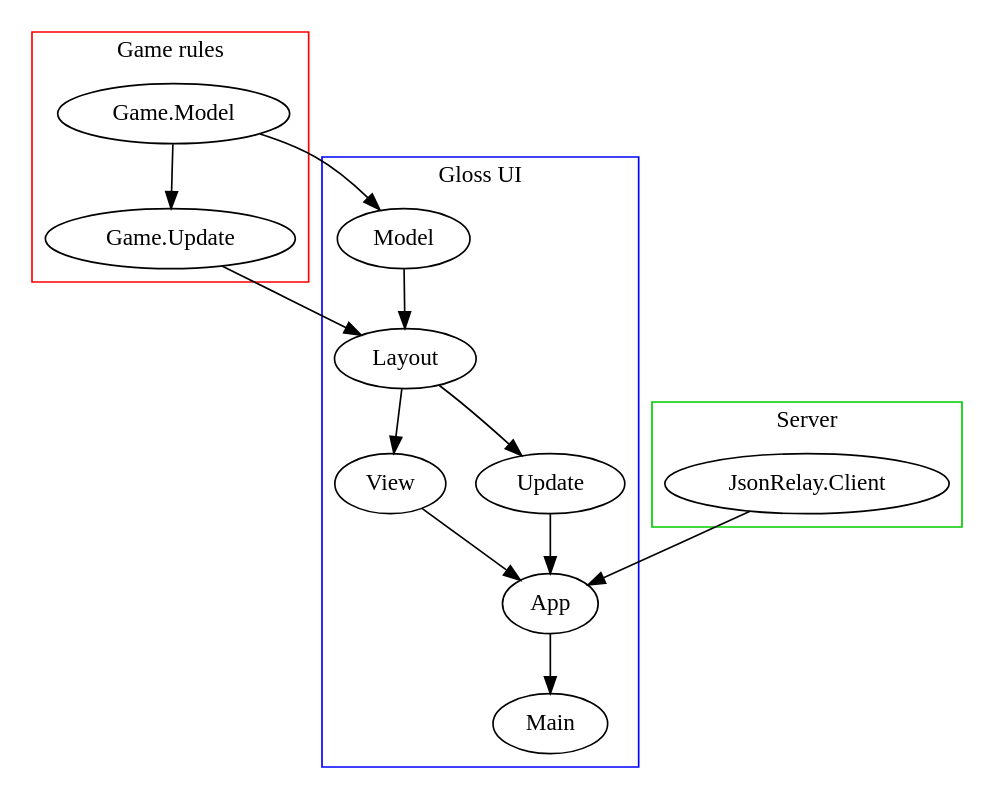
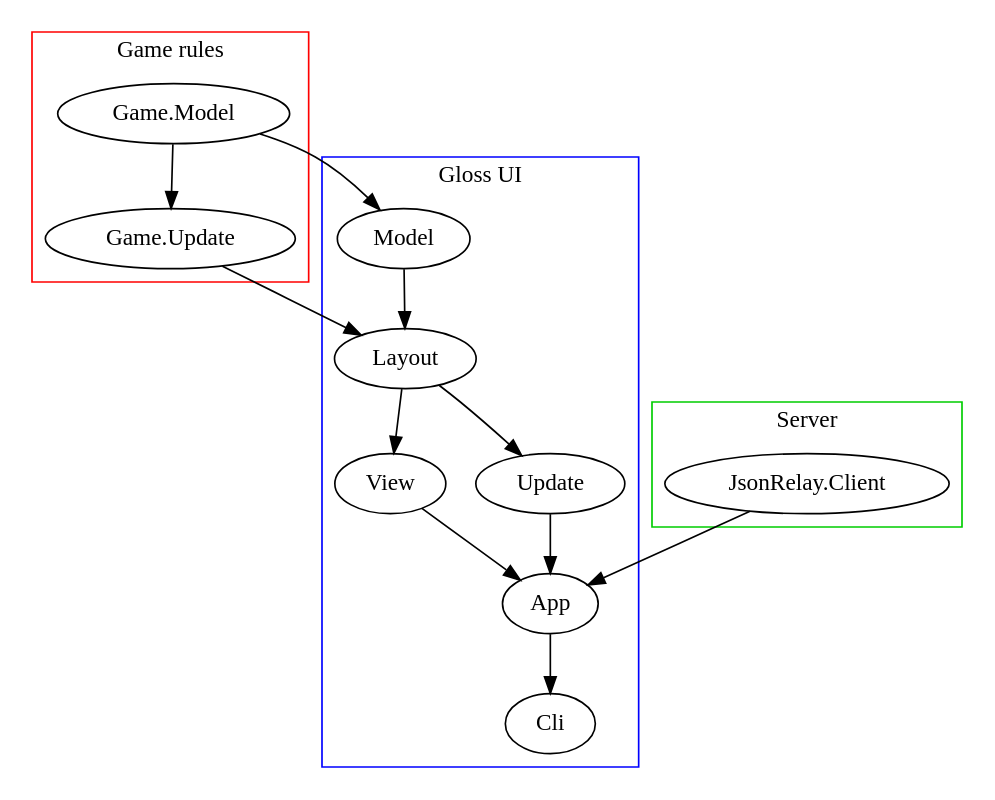
One commit to seagreen/hermetic changed the diagram in misc/core-modules.dot. Above: the diagram before and after it, drawn with Graphviz. The commit also changed 5 other files, not shown here.

Commit message:
Rename the library's Main to Cli.

```diff
--- a/misc/core-modules.dot
+++ b/misc/core-modules.dot
@@ -1,30 +1,30 @@
 digraph {
 
   subgraph cluster_1 {
     label="Game rules"
     color=red
     "Game.Model" -> "Game.Update"
   }
 
   subgraph cluster_2 {
     label="Gloss UI"
     color=blue
 
     { rank=n; View } // Show View to the left of Update
 
     "Game.Model" -> Model
     "Game.Update" -> Layout
     Model -> Layout
     Layout -> Update
     Layout -> View
     Update -> App
     View -> App
-    App -> Main
+    App -> Cli
   }
 
   subgraph cluster_3 {
     label="Server"
     color=green3
     "JsonRelay.Client" -> "App"
   }
 }
```
